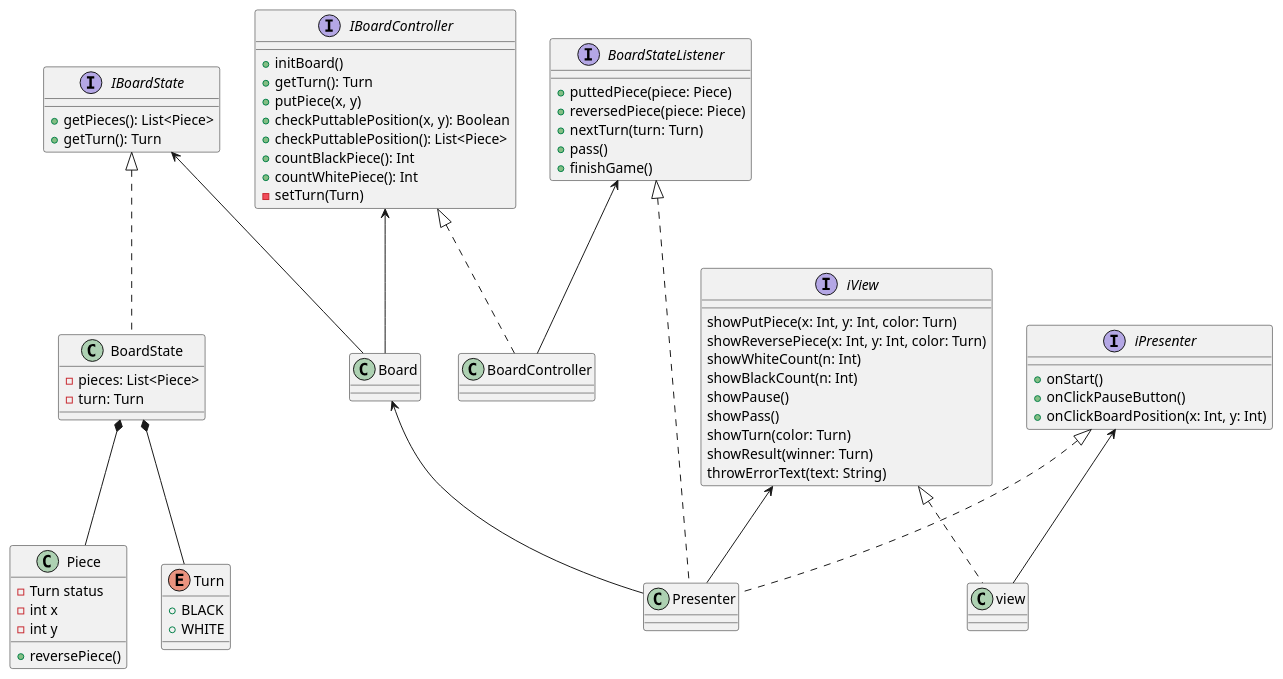
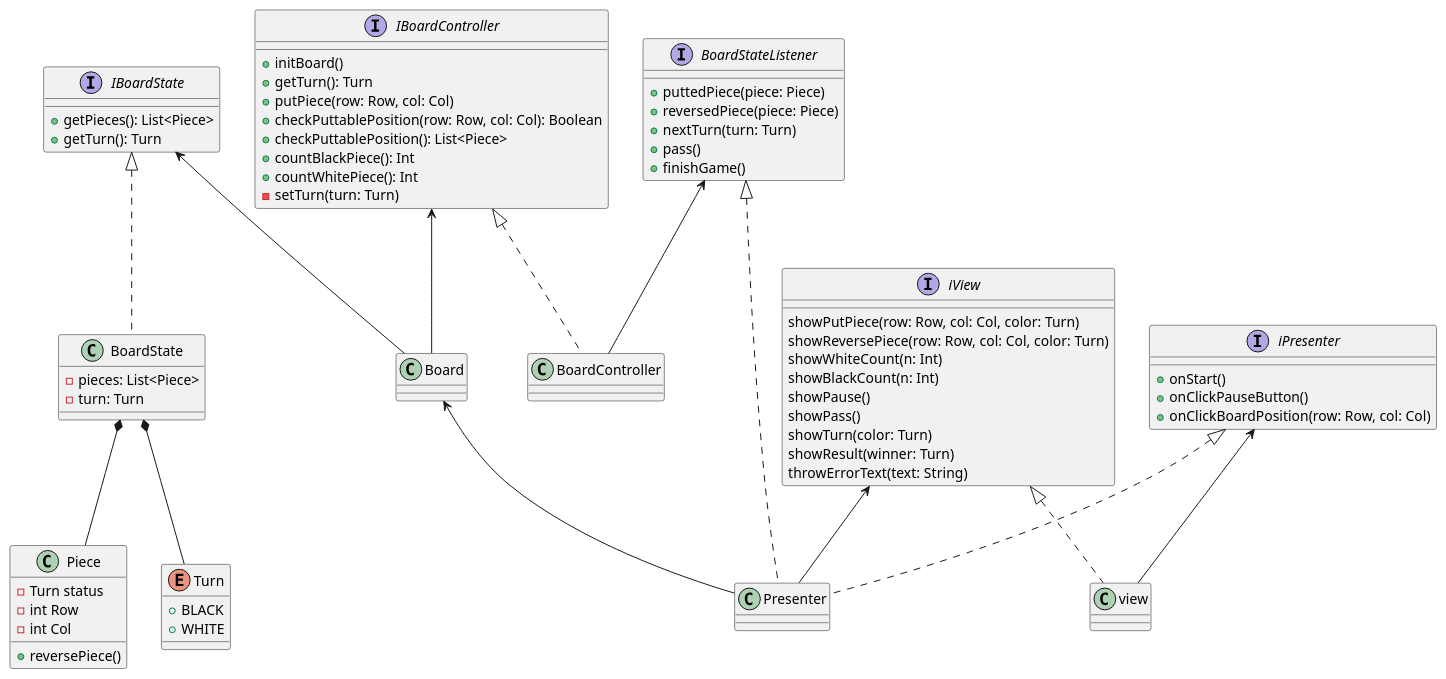
The diagram in uml/class/game.puml (Issei0804-ie/Uhyo), drawn with PlantUML before and after one commit.

Commit message:
ｘとｙをRowとColumnに変更する

```diff
--- a/uml/class/game.puml
+++ b/uml/class/game.puml
@@ -1,83 +1,83 @@
 @startuml
 IBoardController <-- Board
 IBoardState <-- Board
 IBoardController <|.. BoardController
 BoardState *-- Piece
 BoardState *-- Turn
 BoardStateListener <|.. Presenter
 Board <-- Presenter
 iPresenter <|.. Presenter
 iView <-- Presenter
 iView <|.. view
 iPresenter <-- view
 BoardStateListener <-- BoardController
 IBoardState <|.. BoardState
 
 class Board {}
 
 class BoardController {}
 
 interface IBoardController {
     + initBoard()
     + getTurn(): Turn
-    + putPiece(x, y)
-    + checkPuttablePosition(x, y): Boolean
+    + putPiece(row: Row, col: Col)
+    + checkPuttablePosition(row: Row, col: Col): Boolean
     + checkPuttablePosition(): List<Piece>
     + countBlackPiece(): Int
     + countWhitePiece(): Int
-    - setTurn(Turn)
+    - setTurn(turn: Turn)
 }
 
 class BoardState {
     - pieces: List<Piece>
     - turn: Turn
 }
 
 interface IBoardState {
     + getPieces(): List<Piece>
     + getTurn(): Turn
 }
 
 enum Turn {
     + BLACK
     + WHITE
 }
 
 interface BoardStateListener {
     + puttedPiece(piece: Piece)
     + reversedPiece(piece: Piece)
     + nextTurn(turn: Turn)
     + pass()
     + finishGame()
 }
 
 class Piece {
     - Turn status
-    - int x
-    - int y
+    - int Row
+    - int Col
     + reversePiece()
 }
 
 interface iPresenter {
     + onStart()
     + onClickPauseButton()
-    + onClickBoardPosition(x: Int, y: Int)
+    + onClickBoardPosition(row: Row, col: Col)
 }
 
 class view {}
 
 interface iView {
-    showPutPiece(x: Int, y: Int, color: Turn)
-    showReversePiece(x: Int, y: Int, color: Turn)
+    showPutPiece(row: Row, col: Col, color: Turn)
+    showReversePiece(row: Row, col: Col, color: Turn)
     showWhiteCount(n: Int)
     showBlackCount(n: Int)
     showPause()
     showPass()
     showTurn(color: Turn)
     showResult(winner: Turn)
     throwErrorText(text: String)
 }
 class Presenter {
 
 }
 @enduml
```
